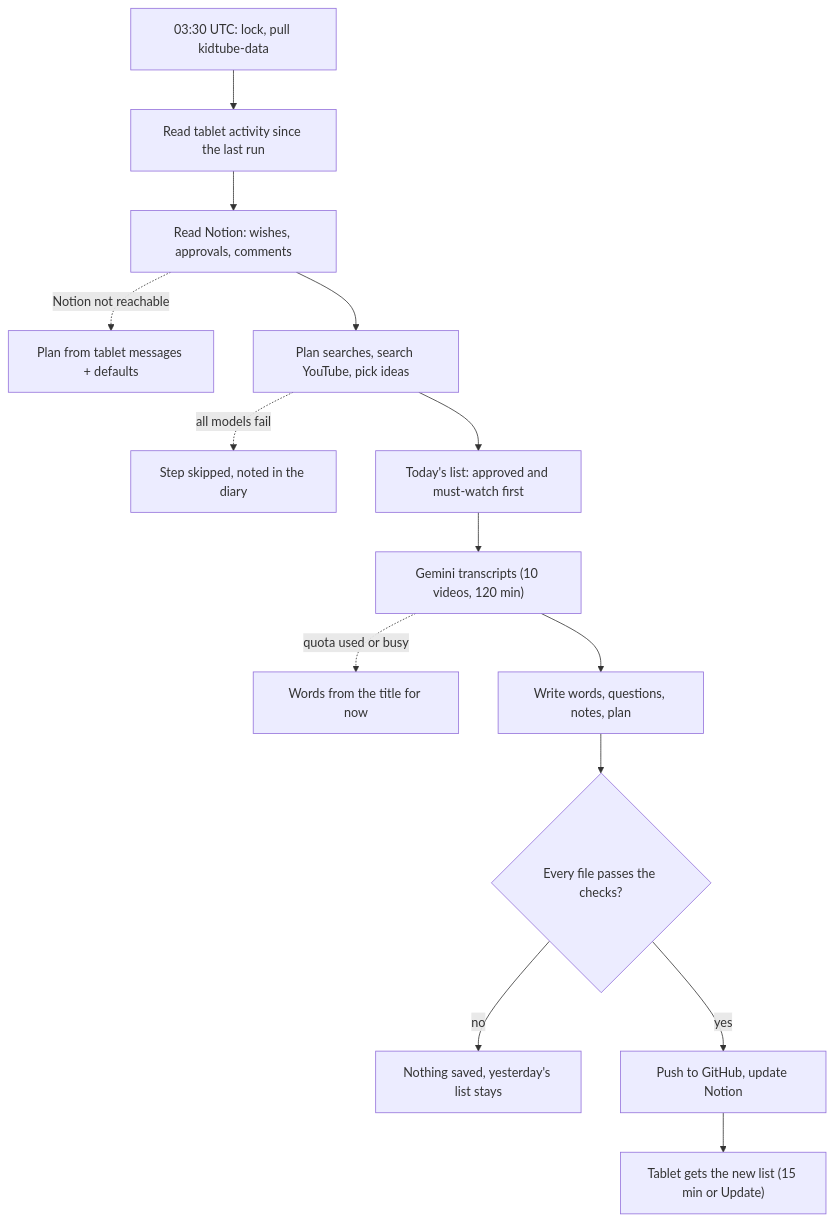
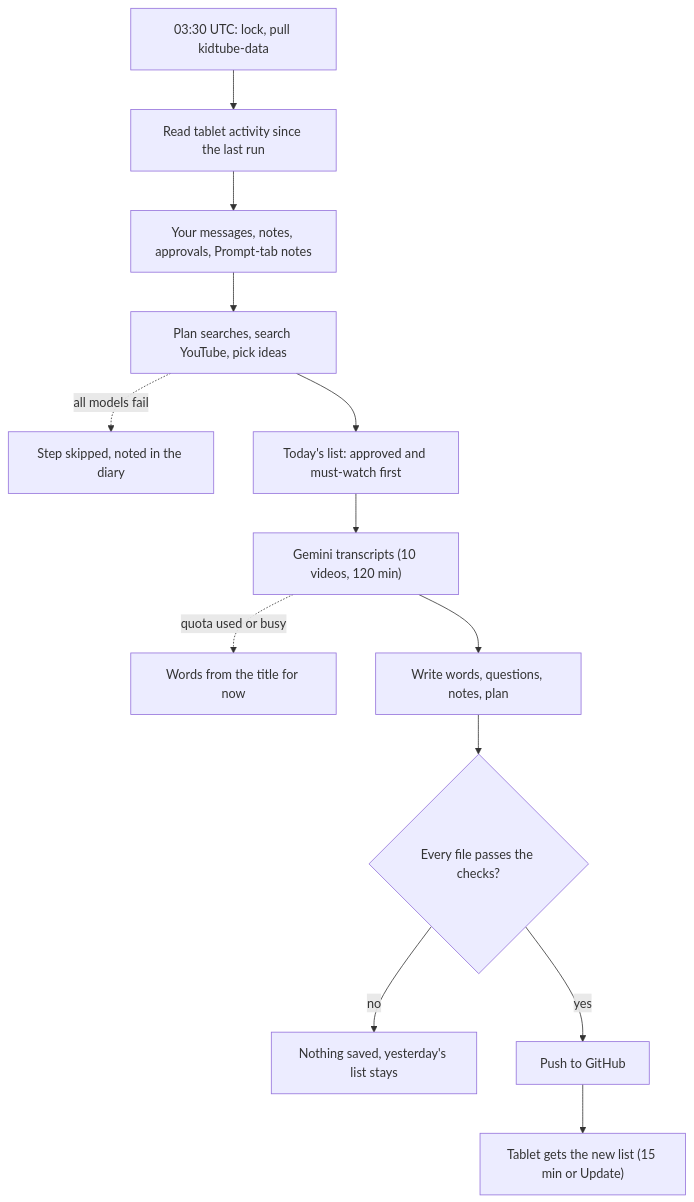
The diagram in docs/HOW-IT-WORKS.md (andyvauliln/kidtube), drawn with Mermaid before and after one commit. The commit also changed other lines of this file and 19 other files, not shown here.

````diff
--- a/docs/HOW-IT-WORKS.md
+++ b/docs/HOW-IT-WORKS.md
@@ -122,16 +108,15 @@
 ```mermaid
 flowchart TD
   A["03:30 UTC: lock, pull kidtube-data"] --> B["Read tablet activity since the last run"]
-  B --> C["Read Notion: wishes, approvals, comments"]
-  C -. "Notion not reachable" .-> C2["Plan from tablet messages + defaults"]
+  B --> C["Your messages, notes, approvals, Prompt-tab notes"]
   C --> D["Plan searches, search YouTube, pick ideas"]
   D -. "all models fail" .-> D2["Step skipped, noted in the diary"]
   D --> E["Today's list: approved and must-watch first"]
   E --> F["Gemini transcripts (10 videos, 120 min)"]
   F -. "quota used or busy" .-> F2["Words from the title for now"]
   F --> G["Write words, questions, notes, plan"]
   G --> H{"Every file passes the checks?"}
   H -- no --> H2["Nothing saved, yesterday's list stays"]
-  H -- yes --> I["Push to GitHub, update Notion"]
+  H -- yes --> I["Push to GitHub"]
   I --> J["Tablet gets the new list (15 min or Update)"]
 ```
````
